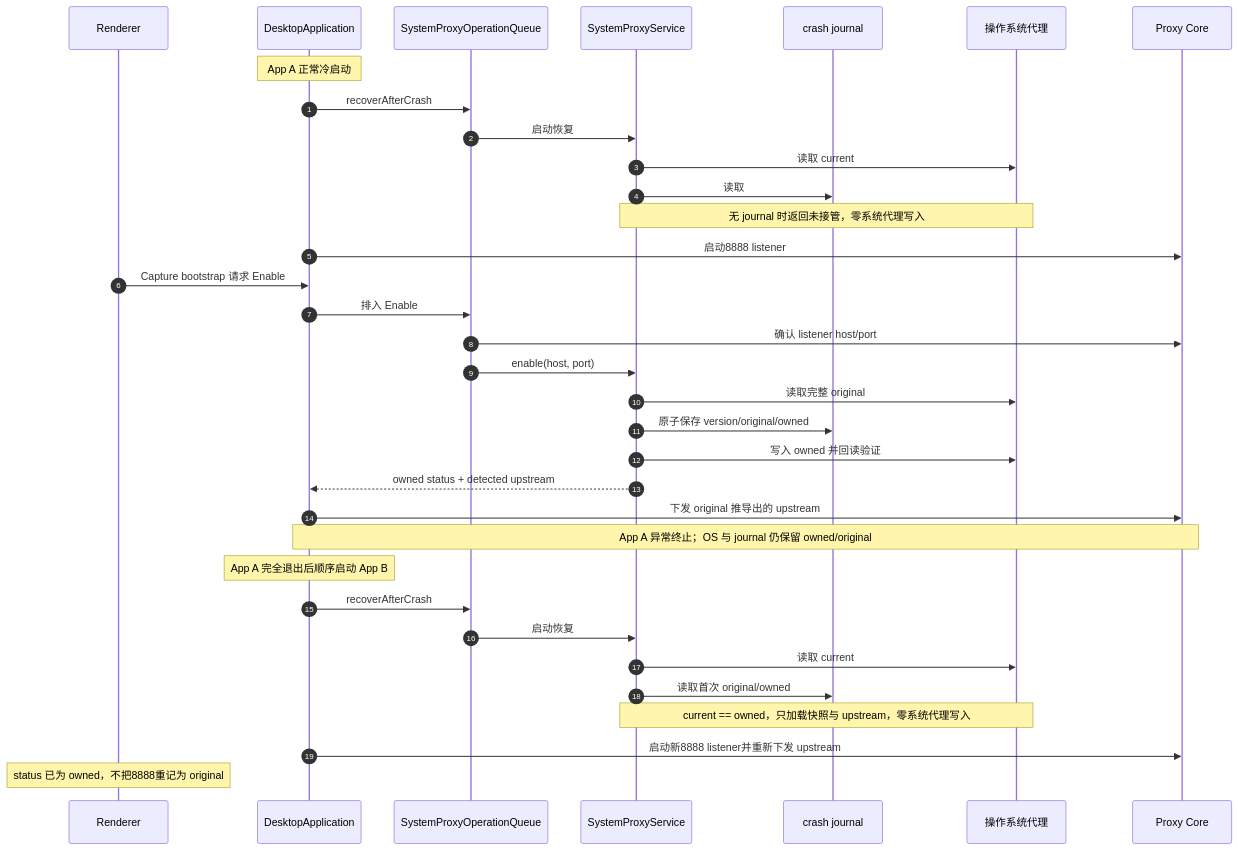
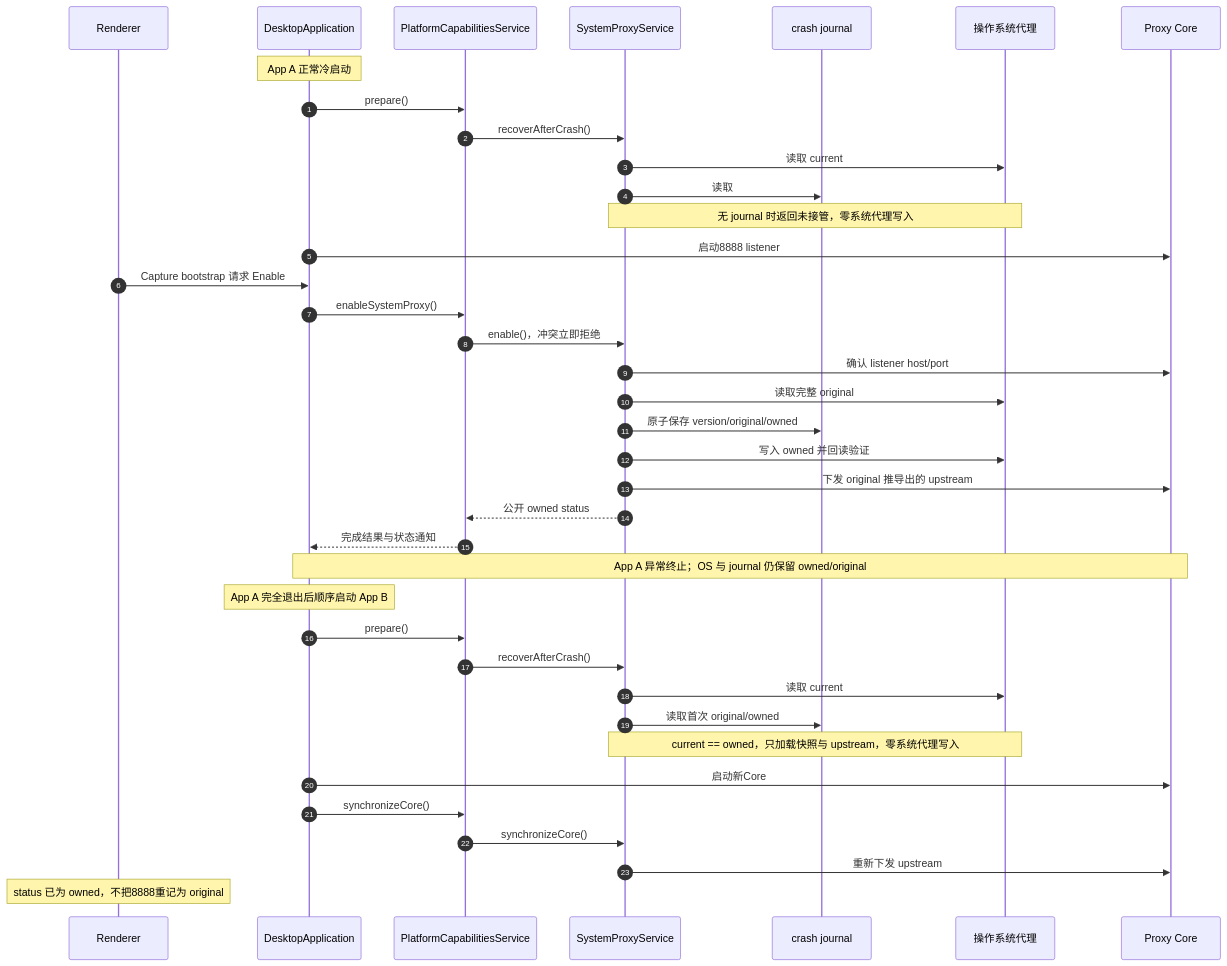
The third of 7 diagrams in architecture/features/settings.md (zhxmt-xm/Interceptor), drawn with Mermaid before and after one commit. The commit also changed other lines of this file and 198 other files, not shown here.

First line of the commit message:
feat(main): checkpoint shared platform lifecycle

````diff
--- a/architecture/features/settings.md
+++ b/architecture/features/settings.md
@@ -331,38 +355,42 @@
 ```mermaid
 sequenceDiagram
      autonumber
      participant UI as Renderer
      participant Main as DesktopApplication
-     participant Queue as SystemProxyOperationQueue
+    participant Platform as PlatformCapabilitiesService
      participant Svc as SystemProxyService
      participant Journal as crash journal
      participant OS as 操作系统代理
      participant Core as Proxy Core
 
      Note over Main: App A 正常冷启动
-     Main->>Queue: recoverAfterCrash
-     Queue->>Svc: 启动恢复
+    Main->>Platform: prepare()
+    Platform->>Svc: recoverAfterCrash()
      Svc->>OS: 读取 current
      Svc->>Journal: 读取
      Note over Svc,OS: 无 journal 时返回未接管，零系统代理写入
      Main->>Core: 启动8888 listener
      UI->>Main: Capture bootstrap 请求 Enable
-     Main->>Queue: 排入 Enable
-     Queue->>Core: 确认 listener host/port
-     Queue->>Svc: enable(host, port)
+    Main->>Platform: enableSystemProxy()
+    Platform->>Svc: enable()，冲突立即拒绝
+    Svc->>Core: 确认 listener host/port
      Svc->>OS: 读取完整 original
      Svc->>Journal: 原子保存 version/original/owned
      Svc->>OS: 写入 owned 并回读验证
-     Svc-->>Main: owned status + detected upstream
-     Main->>Core: 下发 original 推导出的 upstream
+    Svc->>Core: 下发 original 推导出的 upstream
+    Svc-->>Platform: 公开 owned status
+    Platform-->>Main: 完成结果与状态通知
 
      Note over Main,Core: App A 异常终止；OS 与 journal 仍保留 owned/original
      Note over Main: App A 完全退出后顺序启动 App B
-     Main->>Queue: recoverAfterCrash
-     Queue->>Svc: 启动恢复
+    Main->>Platform: prepare()
+    Platform->>Svc: recoverAfterCrash()
      Svc->>OS: 读取 current
      Svc->>Journal: 读取首次 original/owned
      Note over Svc,OS: current == owned，只加载快照与 upstream，零系统代理写入
-     Main->>Core: 启动新8888 listener并重新下发 upstream
+    Main->>Core: 启动新Core
+    Main->>Platform: synchronizeCore()
+    Platform->>Svc: synchronizeCore()
+    Svc->>Core: 重新下发 upstream
      Note over UI: status 已为 owned，不把8888重记为 original
 ```
````
